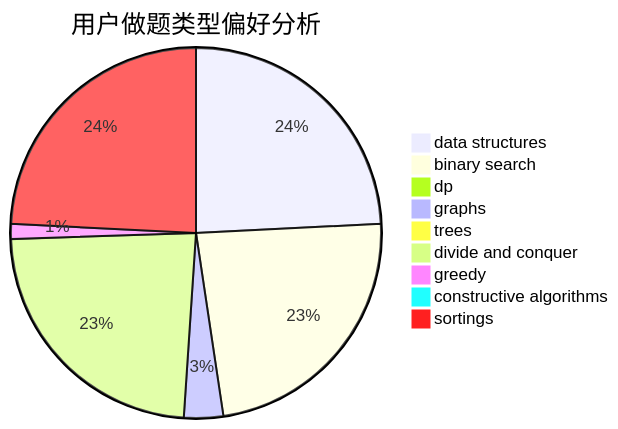
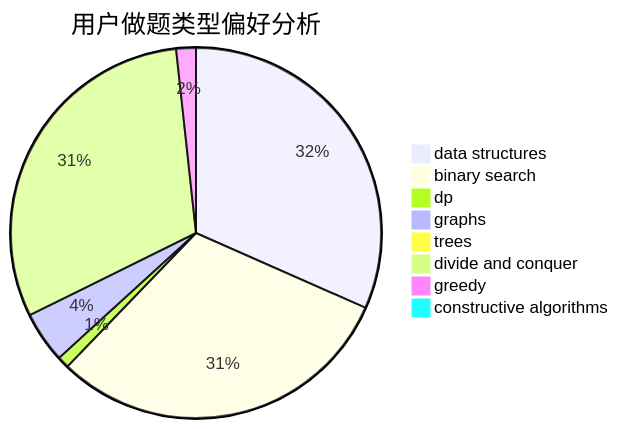
The second of 3 diagrams in docs/user/u1381.md (sherpahu/cfrs.github.io), drawn with Mermaid before and after one commit. The commit also changed other lines of this file and 2769 other files, not shown here.

````diff
--- a/docs/user/u1381.md
+++ b/docs/user/u1381.md
@@ -18,12 +18,11 @@
 ```mermaid
 pie title 用户做题类型偏好分析
     "data structures" :  92
     "binary search" :  89
     "dp" :  3
     "graphs" :  13
     "trees" :  0
     "divide and conquer" :  89
     "greedy" :  5
     "constructive algorithms" :  0
-    "sortings" :  92
 ```
````
